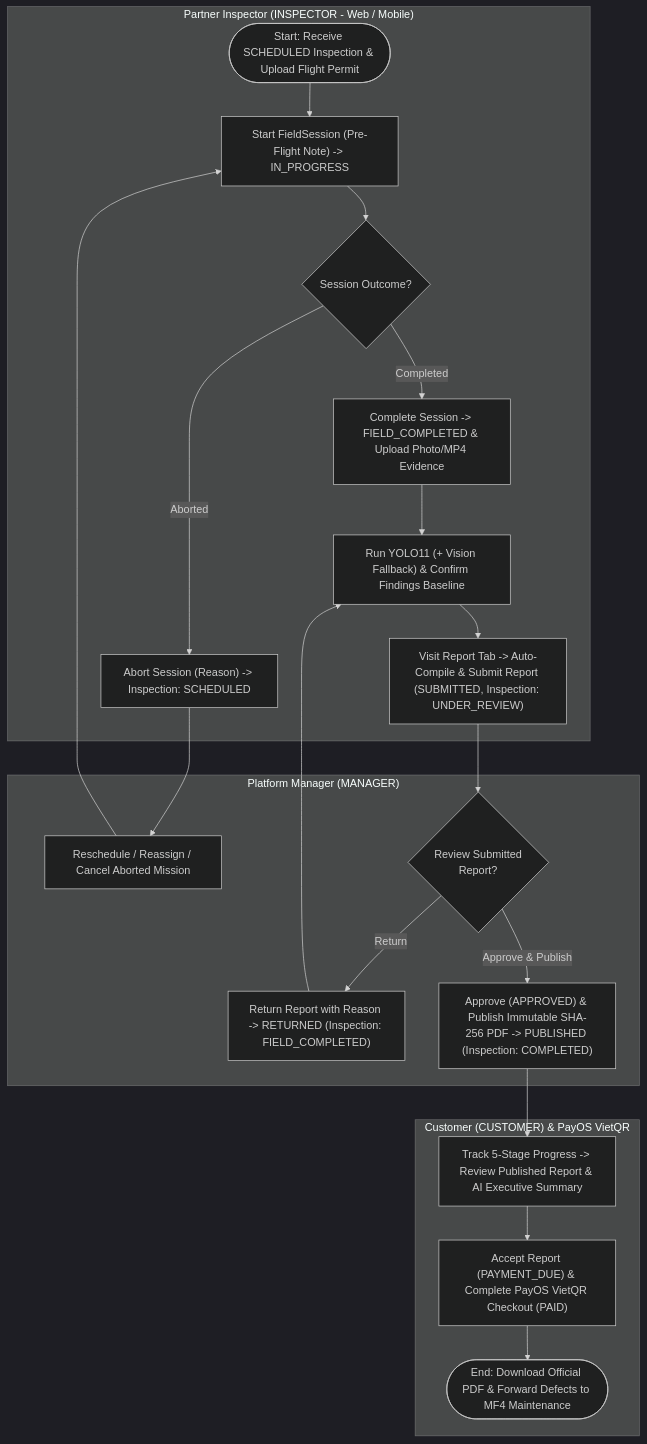
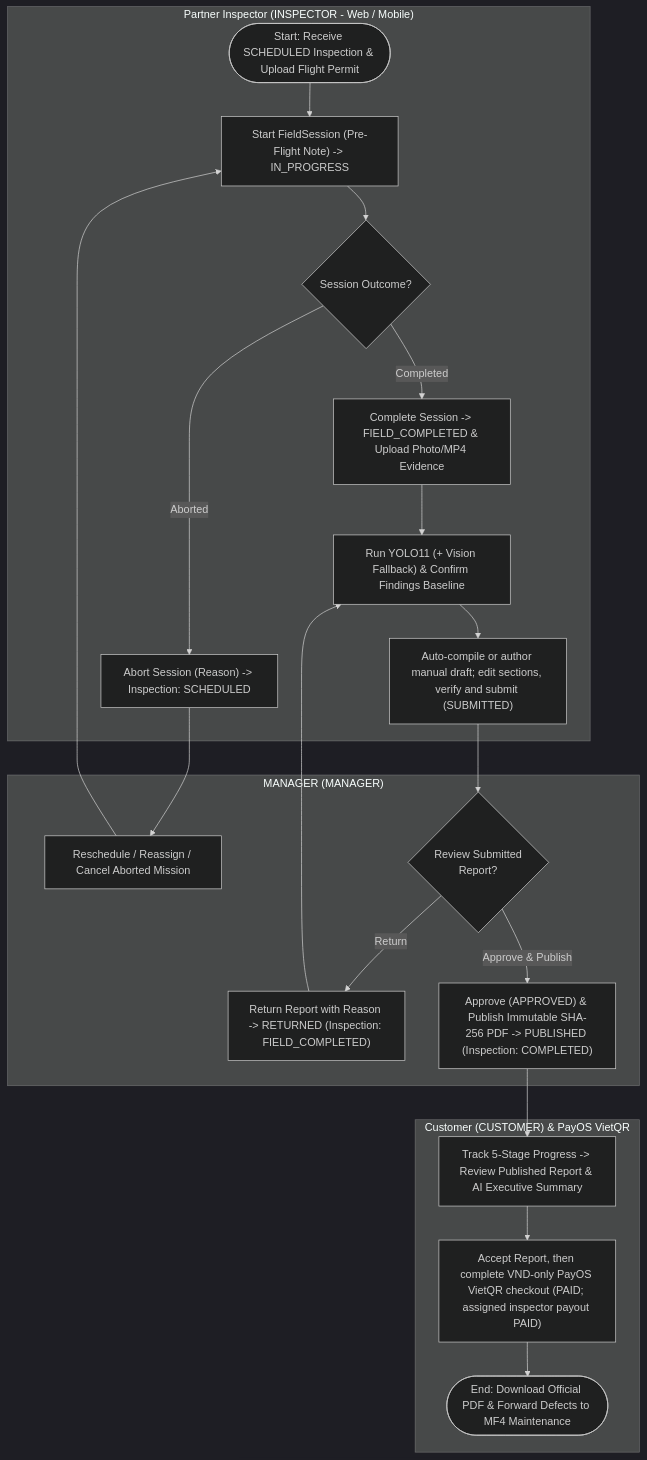
Diagram 18 of 23 in reports/report-4-software-design-document/03-detailed-design.md (tungbach12/SmartDroneInspection-Docs), drawn with Mermaid (dark theme) before and after one commit. The commit also changed other lines of this file and 30 other files, not shown here.

````diff
--- a/reports/report-4-software-design-document/03-detailed-design.md
+++ b/reports/report-4-software-design-document/03-detailed-design.md
@@ -757,32 +837,32 @@
 ```mermaid
 %% title: WF-03 Activity Diagram - Permit Gate, Field Session, YOLO11, Auto-Compiled Report and PayOS
 flowchart TD
   subgraph IN3["Partner Inspector (INSPECTOR - Web / Mobile)"]
     C1(["Start: Receive SCHEDULED Inspection & Upload Flight Permit"])
     C2["Start FieldSession (Pre-Flight Note) -> IN_PROGRESS"]
     C3{"Session Outcome?"}
     C4["Abort Session (Reason) -> Inspection: SCHEDULED"]
     C5["Complete Session -> FIELD_COMPLETED & Upload Photo/MP4 Evidence"]
     C6["Run YOLO11 (+ Vision Fallback) & Confirm Findings Baseline"]
-    C7["Visit Report Tab -> Auto-Compile & Submit Report (SUBMITTED, Inspection: UNDER_REVIEW)"]
+    C7["Auto-compile or author manual draft; edit sections, verify and submit (SUBMITTED)"]
   end
 
-  subgraph MG3["Platform Manager (MANAGER)"]
+  subgraph MG3["MANAGER (MANAGER)"]
     C4M["Reschedule / Reassign / Cancel Aborted Mission"]
     C8{"Review Submitted\nReport?"}
     C9["Return Report with Reason -> RETURNED (Inspection: FIELD_COMPLETED)"]
     C10["Approve (APPROVED) & Publish Immutable SHA-256 PDF -> PUBLISHED (Inspection: COMPLETED)"]
   end
 
   subgraph CU3["Customer (CUSTOMER) & PayOS VietQR"]
     C11["Track 5-Stage Progress -> Review Published Report & AI Executive Summary"]
-    C12["Accept Report (PAYMENT_DUE) & Complete PayOS VietQR Checkout (PAID)"]
+    C12["Accept Report, then complete VND-only PayOS VietQR checkout (PAID; assigned inspector payout PAID)"]
     C13(["End: Download Official PDF & Forward Defects to MF4 Maintenance"])
   end
 
   C1 --> C2 --> C3
   C3 -->|"Aborted"| C4 --> C4M --> C2
   C3 -->|"Completed"| C5 --> C6 --> C7 --> C8
   C8 -->|"Return"| C9 --> C6
   C8 -->|"Approve & Publish"| C10 --> C11 --> C12 --> C13
 ```
````
